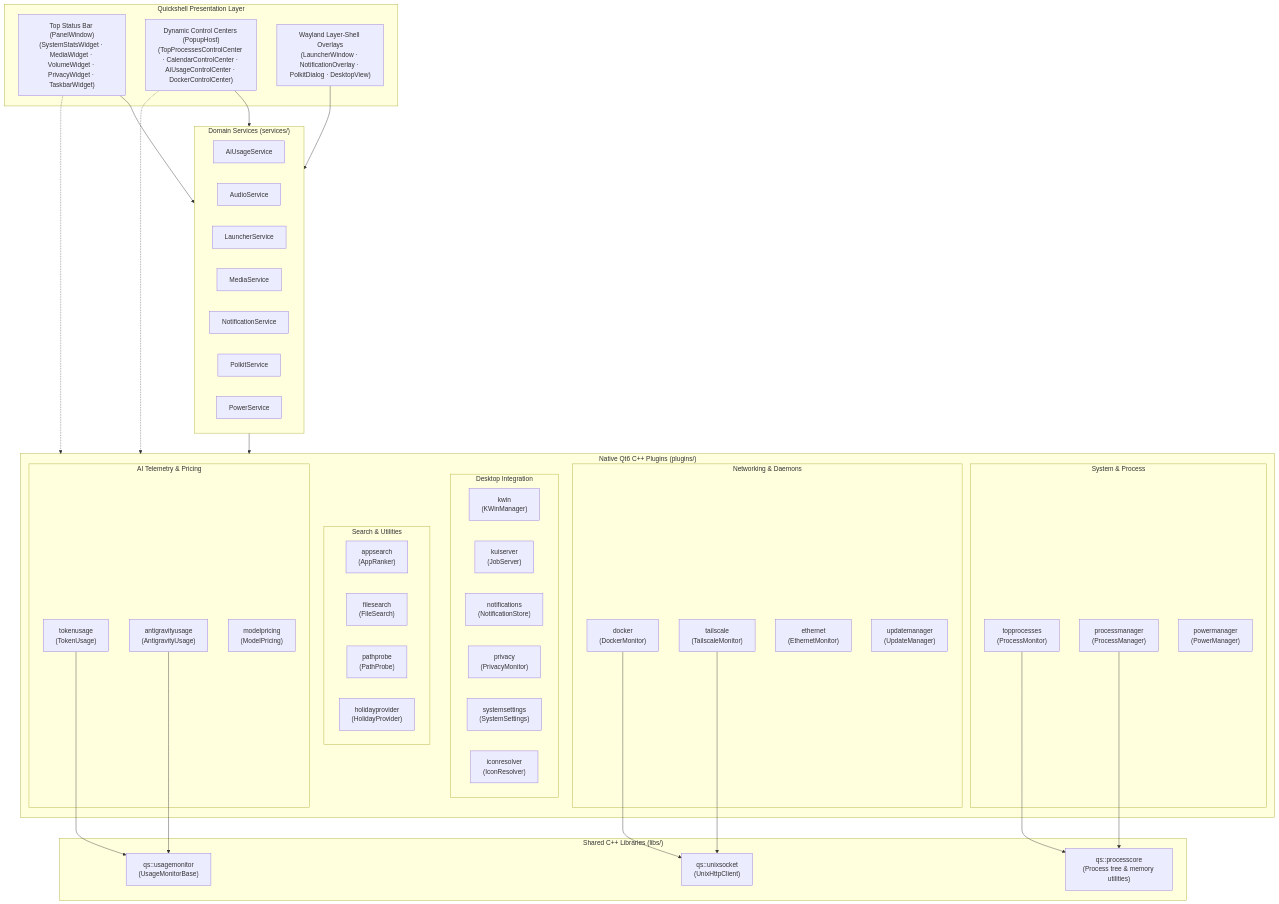
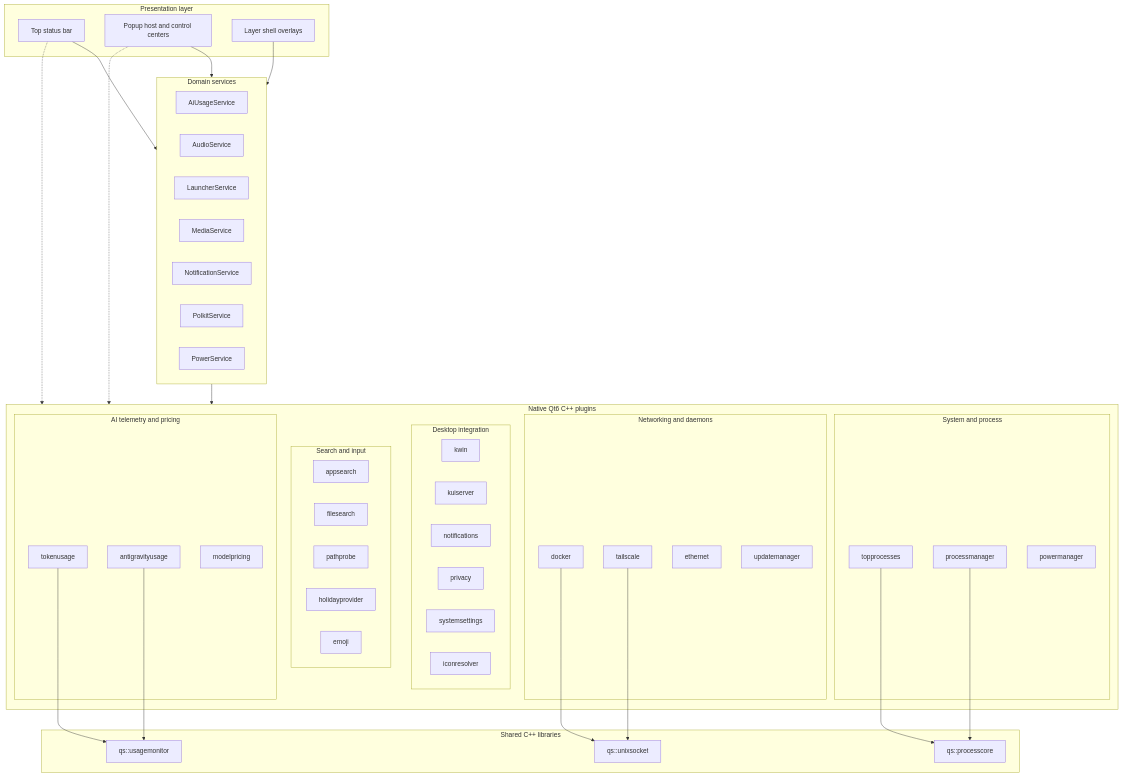
Before and after one commit to Vidhan31/quick-shell: the diagram in README.md, drawn with Mermaid. The commit also changed other lines of this file, not shown here.

Commit message:
docs: update README with architecture, features, and IPC reference

````diff
--- a/README.md
+++ b/README.md
@@ -9,72 +9,73 @@
 ```mermaid
 flowchart TD
-    subgraph UI["Quickshell Presentation Layer"]
-        Bar["Top Status Bar (PanelWindow)\n(SystemStatsWidget · MediaWidget · VolumeWidget · PrivacyWidget · TaskbarWidget)"]
-        Popups["Dynamic Control Centers (PopupHost)\n(TopProcessesControlCenter · CalendarControlCenter · AiUsageControlCenter · DockerControlCenter)"]
-        Overlays["Wayland Layer-Shell Overlays\n(LauncherWindow · NotificationOverlay · PolkitDialog · DesktopView)"]
+    subgraph UI["Presentation layer"]
+        Bar["Top status bar"]
+        Popups["Popup host and control centers"]
+        Overlays["Layer shell overlays"]
     end
 
-    subgraph Services["Domain Services (services/)"]
+    subgraph Services["Domain services"]
         AiSvc["AiUsageService"]
         AudioSvc["AudioService"]
         LaunchSvc["LauncherService"]
         MediaSvc["MediaService"]
         NotifSvc["NotificationService"]
         PolkitSvc["PolkitService"]
         PowerSvc["PowerService"]
     end
 
-    subgraph Native["Native Qt6 C++ Plugins (plugins/)"]
-        subgraph P_Sys["System & Process"]
-            TopProc["topprocesses\n(ProcessMonitor)"]
-            ProcMgr["processmanager\n(ProcessManager)"]
-            PowerMgr["powermanager\n(PowerManager)"]
+    subgraph Native["Native Qt6 C++ plugins"]
+        subgraph P_Sys["System and process"]
+            TopProc["topprocesses"]
+            ProcMgr["processmanager"]
+            PowerMgr["powermanager"]
         end
-        subgraph P_Net["Networking & Daemons"]
-            DockerPlg["docker\n(DockerMonitor)"]
-            TailscalePlg["tailscale\n(TailscaleMonitor)"]
-            EthPlg["ethernet\n(EthernetMonitor)"]
-            UpdatePlg["updatemanager\n(UpdateManager)"]
+        subgraph P_Net["Networking and daemons"]
+            DockerPlg["docker"]
+            TailscalePlg["tailscale"]
+            EthPlg["ethernet"]
+            UpdatePlg["updatemanager"]
         end
-        subgraph P_Desktop["Desktop Integration"]
-            KWinPlg["kwin\n(KWinManager)"]
-            KuiPlg["kuiserver\n(JobServer)"]
-            NotifPlg["notifications\n(NotificationStore)"]
-            PrivacyPlg["privacy\n(PrivacyMonitor)"]
-            SettingsPlg["systemsettings\n(SystemSettings)"]
-            IconPlg["iconresolver\n(IconResolver)"]
+        subgraph P_Desktop["Desktop integration"]
+            KWinPlg["kwin"]
+            KuiPlg["kuiserver"]
+            NotifPlg["notifications"]
+            PrivacyPlg["privacy"]
+            SettingsPlg["systemsettings"]
+            IconPlg["iconresolver"]
         end
-        subgraph P_Search["Search & Utilities"]
-            AppSearchPlg["appsearch\n(AppRanker)"]
-            FileSearchPlg["filesearch\n(FileSearch)"]
-            PathProbePlg["pathprobe\n(PathProbe)"]
-            HolidayPlg["holidayprovider\n(HolidayProvider)"]
+        subgraph P_Search["Search and input"]
+            AppSearchPlg["appsearch"]
+            FileSearchPlg["filesearch"]
+            PathProbePlg["pathprobe"]
+            HolidayPlg["holidayprovider"]
+            EmojiPlg["emoji"]
         end
-        subgraph P_AI["AI Telemetry & Pricing"]
-            TokenUsagePlg["tokenusage\n(TokenUsage)"]
-            AntiGravPlg["antigravityusage\n(AntigravityUsage)"]
-            PricingPlg["modelpricing\n(ModelPricing)"]
+        subgraph P_AI["AI telemetry and pricing"]
+            TokenUsagePlg["tokenusage"]
+            AntiGravPlg["antigravityusage"]
+            PricingPlg["modelpricing"]
         end
     end
 
-    subgraph Libs["Shared C++ Libraries (libs/)"]
-        UnixSockLib["qs::unixsocket\n(UnixHttpClient)"]
-        UsageMonLib["qs::usagemonitor\n(UsageMonitorBase)"]
-        ProcCoreLib["qs::processcore\n(Process tree & memory utilities)"]
+    subgraph Libs["Shared C++ libraries"]
+        UnixSockLib["qs::unixsocket"]
+        UsageMonLib["qs::usagemonitor"]
+        ProcCoreLib["qs::processcore"]
     end
 
     Bar --> Services
     Popups --> Services
     Overlays --> Services
 
     Services --> Native
     Bar -.-> Native
     Popups -.-> Native
 
     DockerPlg --> UnixSockLib
     TailscalePlg --> UnixSockLib
     TokenUsagePlg --> UsageMonLib
     AntiGravPlg --> UsageMonLib
     TopProc --> ProcCoreLib
     ProcMgr --> ProcCoreLib
 ```
````
